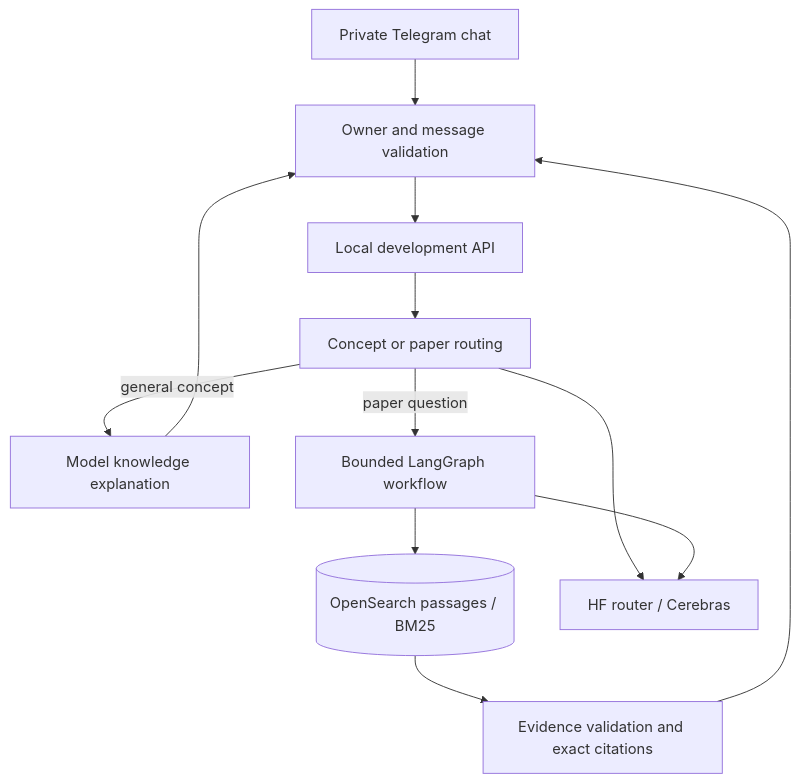
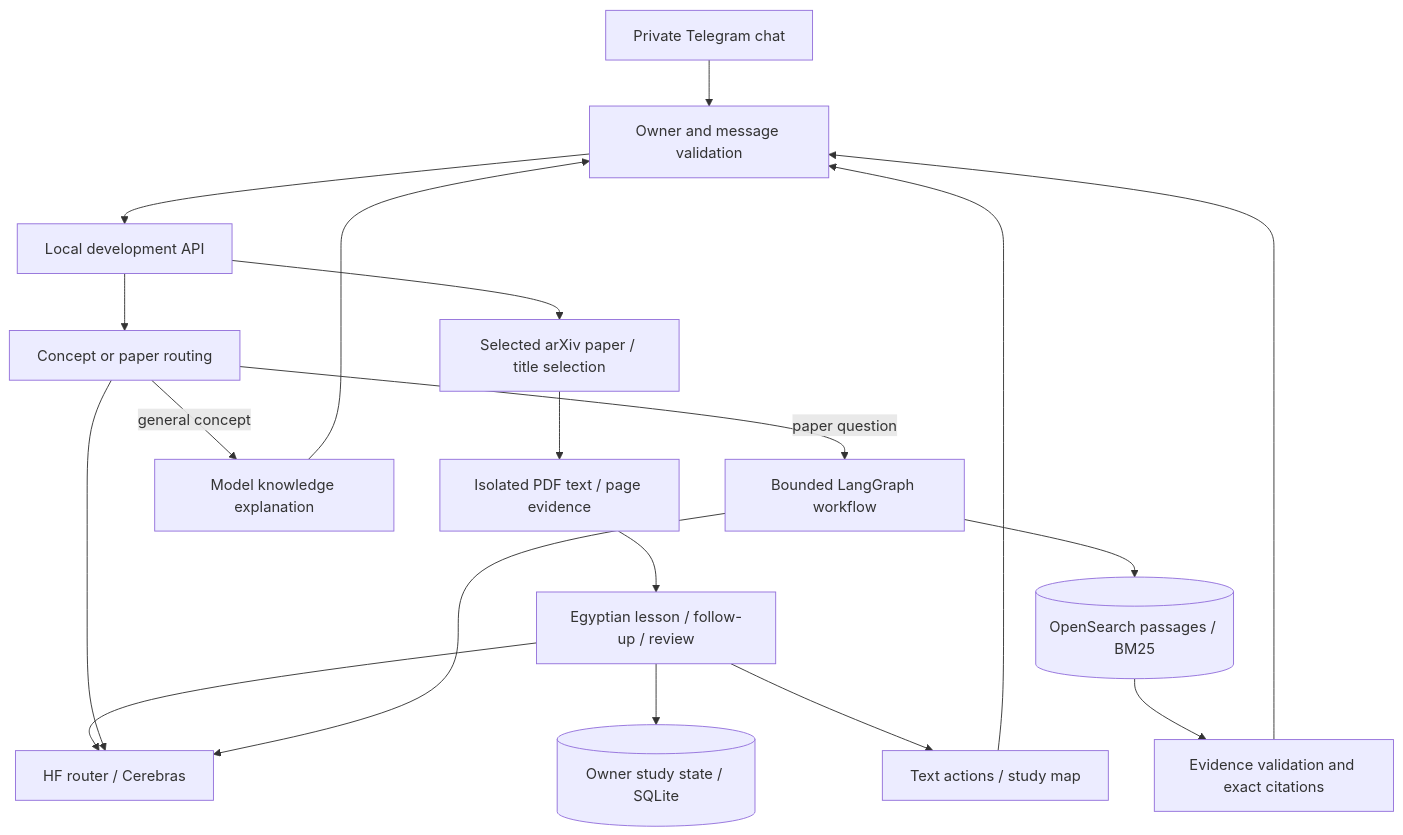
One commit to Xmen3em/AI-ScholarLens changed the diagram in README.md. Above: the diagram before and after it, drawn with Mermaid. The commit also changed other lines of this file and 13 other files, not shown here.

Commit message:
docs: publish paper study guide, research decisions and verified results

````diff
--- a/README.md
+++ b/README.md
@@ -77,14 +94,21 @@
 ```mermaid
 flowchart TD
     T[Private Telegram chat] --> B[Owner and message validation]
     B --> A[Local development API]
+    A --> I[Selected arXiv paper / title selection]
+    I --> P[Isolated PDF text / page evidence]
+    P --> L[Egyptian lesson / follow-up / review]
+    L --> H[HF router / Cerebras]
+    L --> M[(Owner study state / SQLite)]
+    L --> V[Text actions / study map]
+    V --> B
     A --> R[Concept or paper routing]
     R -->|general concept| K[Model knowledge explanation]
     R -->|paper question| G[Bounded LangGraph workflow]
     G --> S[(OpenSearch passages / BM25)]
     S --> E[Evidence validation and exact citations]
-    R --> H[HF router / Cerebras]
+    R --> H
     G --> H
     K --> B
     E --> B
 ```
````
